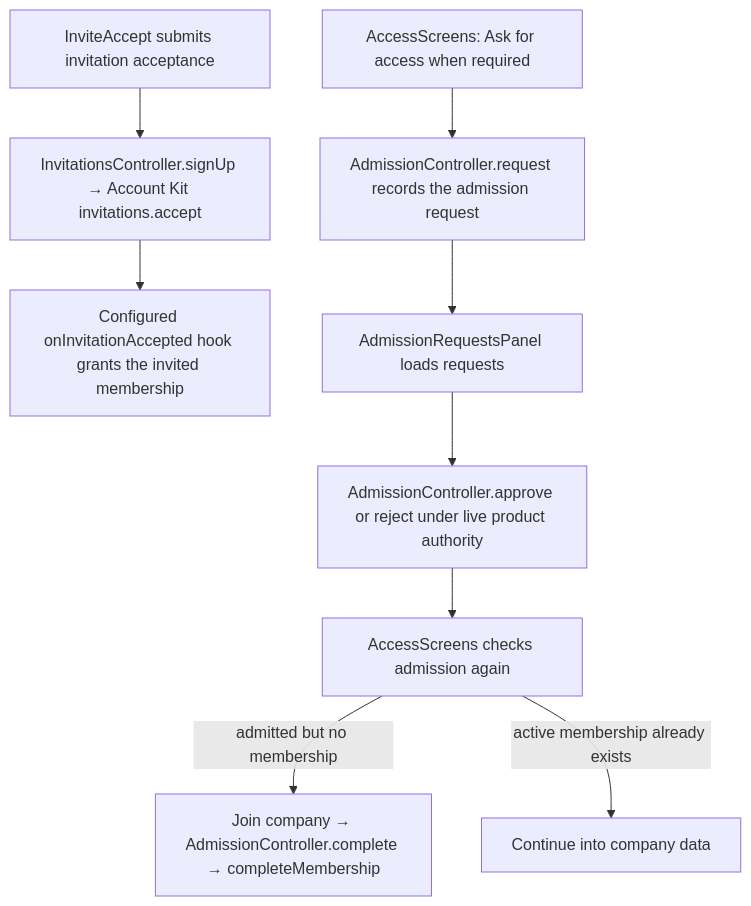
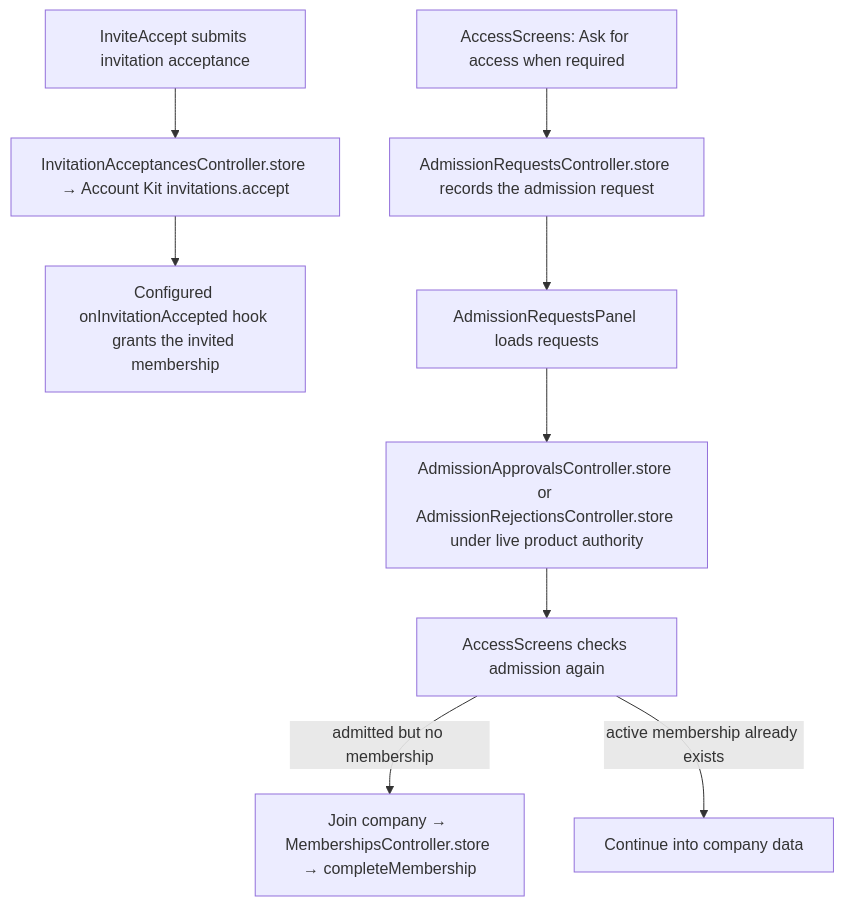
One commit to Kevinjohn/capacitylens changed the second of 2 diagrams in user-stories/settings/US-SET-19-company-joining-policy.md. Above: the diagram before and after it, drawn with Mermaid. The commit also changed other lines of this file and 139 other files, not shown here.

````diff
--- a/user-stories/settings/US-SET-19-company-joining-policy.md
+++ b/user-stories/settings/US-SET-19-company-joining-policy.md
@@ -27,11 +27,11 @@
 ```mermaid
 flowchart TD
-accept["InviteAccept submits invitation acceptance"] --> kit["InvitationsController.signUp → Account Kit invitations.accept"]
+accept["InviteAccept submits invitation acceptance"] --> kit["InvitationAcceptancesController.store → Account Kit invitations.accept"]
   kit --> hook["Configured onInvitationAccepted hook grants the invited membership"]
-  ask["AccessScreens: Ask for access when required"] --> request["AdmissionController.request records the admission request"]
+  ask["AccessScreens: Ask for access when required"] --> request["AdmissionRequestsController.store records the admission request"]
   request --> panel["AdmissionRequestsPanel loads requests"]
-  panel --> decision["AdmissionController.approve or reject under live product authority"]
+  panel --> decision["AdmissionApprovalsController.store or AdmissionRejectionsController.store under live product authority"]
   decision --> check["AccessScreens checks admission again"]
-  check -->|admitted but no membership| join["Join company → AdmissionController.complete → completeMembership"]
+  check -->|admitted but no membership| join["Join company → MembershipsController.store → completeMembership"]
   check -->|active membership already exists| open["Continue into company data"]
 ```
````
